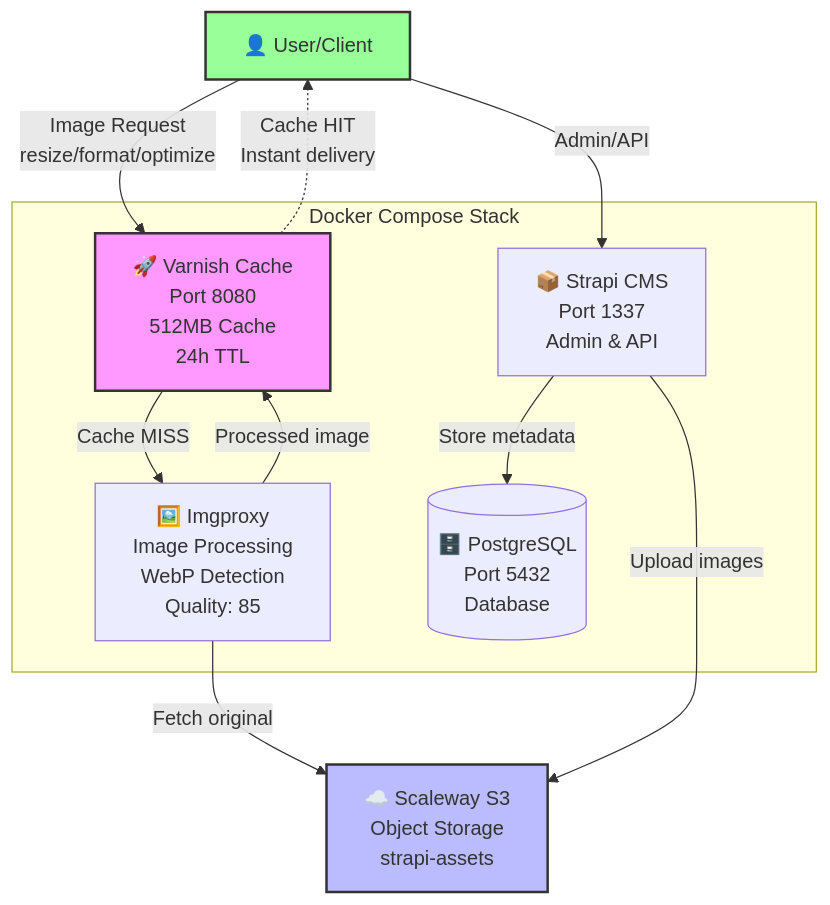
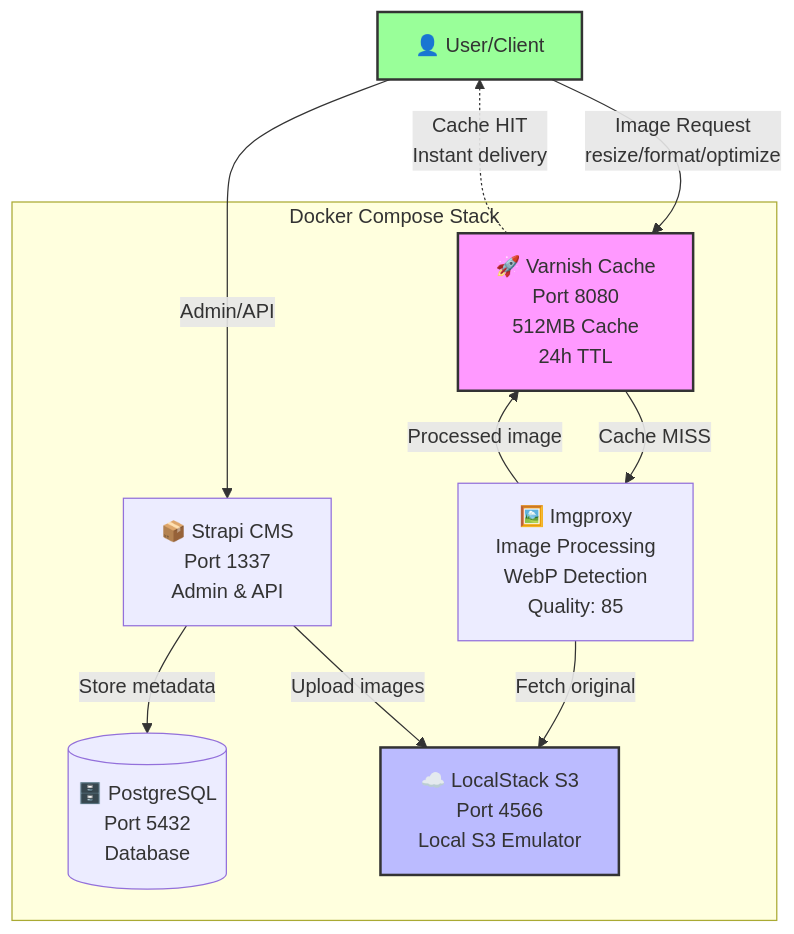
The diagram in packages/cms/README.md (mathieumure/talk-images-enfer), drawn with Mermaid before and after one commit. The commit also changed other lines of this file and 7 other files, not shown here.

First line of the commit message:
feat(cms): replace Scaleway S3 with LocalStack for local development

````diff
--- a/packages/cms/README.md
+++ b/packages/cms/README.md
@@ -13,29 +13,28 @@
 ```mermaid
 flowchart TB
     User[👤 User/Client]
 
     subgraph "Docker Compose Stack"
         Varnish[🚀 Varnish Cache<br/>Port 8080<br/>512MB Cache<br/>24h TTL]
         Imgproxy[🖼️ Imgproxy<br/>Image Processing<br/>WebP Detection<br/>Quality: 85]
         Strapi[📦 Strapi CMS<br/>Port 1337<br/>Admin & API]
         Postgres[(🗄️ PostgreSQL<br/>Port 5432<br/>Database)]
+        LocalStack[☁️ LocalStack S3<br/>Port 4566<br/>Local S3 Emulator]
     end
-
-    S3[☁️ Scaleway S3<br/>Object Storage<br/>strapi-assets]
 
     User -->|Image Request<br/>resize/format/optimize| Varnish
     User -->|Admin/API| Strapi
 
     Varnish -->|Cache MISS| Imgproxy
     Varnish -.->|Cache HIT<br/>Instant delivery| User
 
-    Imgproxy -->|Fetch original| S3
+    Imgproxy -->|Fetch original| LocalStack
     Imgproxy -->|Processed image| Varnish
 
-    Strapi -->|Upload images| S3
+    Strapi -->|Upload images| LocalStack
     Strapi -->|Store metadata| Postgres
 
     style Varnish fill:#f9f,stroke:#333,stroke-width:2px
-    style S3 fill:#bbf,stroke:#333,stroke-width:2px
+    style LocalStack fill:#bbf,stroke:#333,stroke-width:2px
     style User fill:#9f9,stroke:#333,stroke-width:2px
 ```
````
